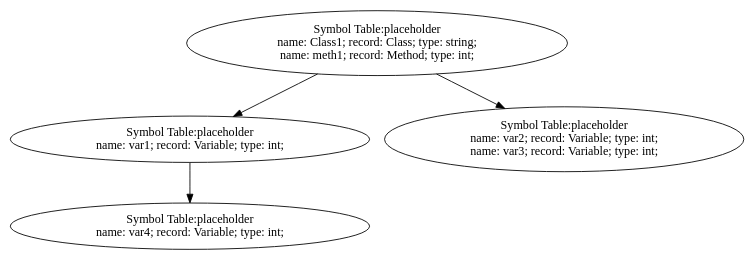
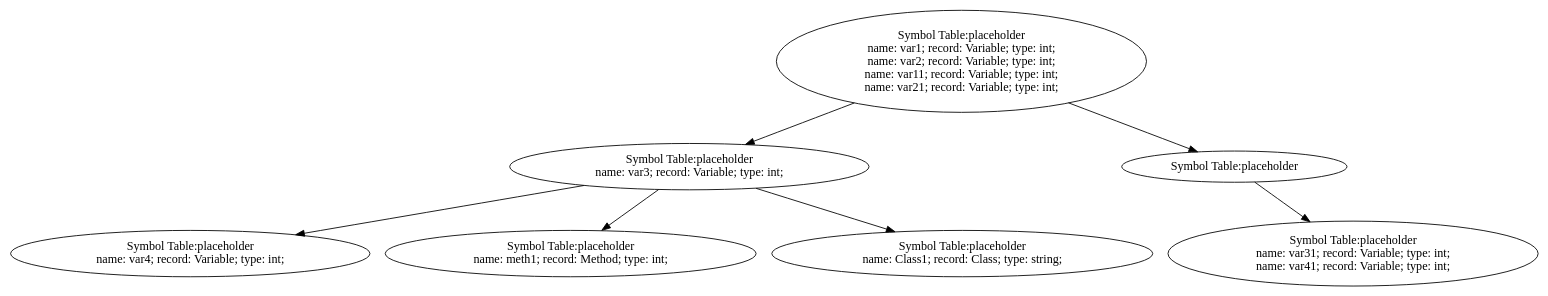
One commit to moondog-matthew/compiler-dv1655 changed the diagram in lab2/st-tree.dot. Above: the diagram before and after it, drawn with Graphviz. The commit also changed 4 other files, not shown here.

Commit message:
symbolTable tested. Passes tests. Works as intended

```diff
--- a/lab2/st-tree.dot
+++ b/lab2/st-tree.dot
@@ -1,15 +1,25 @@
 digraph {
 n0 [label="Symbol Table:placeholder
-name: Class1; record: Class; type: string;
-name: meth1; record: Method; type: int;"];
+name: var1; record: Variable; type: int;
+name: var2; record: Variable; type: int;
+name: var11; record: Variable; type: int;
+name: var21; record: Variable; type: int;"];
 n1 [label="Symbol Table:placeholder
-name: var1; record: Variable; type: int;"];
+name: var3; record: Variable; type: int;"];
 n2 [label="Symbol Table:placeholder
 name: var4; record: Variable; type: int;"];
 n1 -> n2
+n3 [label="Symbol Table:placeholder
+name: meth1; record: Method; type: int;"];
+n1 -> n3
+n4 [label="Symbol Table:placeholder
+name: Class1; record: Class; type: string;"];
+n1 -> n4
 n0 -> n1
-n3 [label="Symbol Table:placeholder
-name: var2; record: Variable; type: int;
-name: var3; record: Variable; type: int;"];
-n0 -> n3
+n5 [label="Symbol Table:placeholder"];
+n6 [label="Symbol Table:placeholder
+name: var31; record: Variable; type: int;
+name: var41; record: Variable; type: int;"];
+n5 -> n6
+n0 -> n5
 }
```
